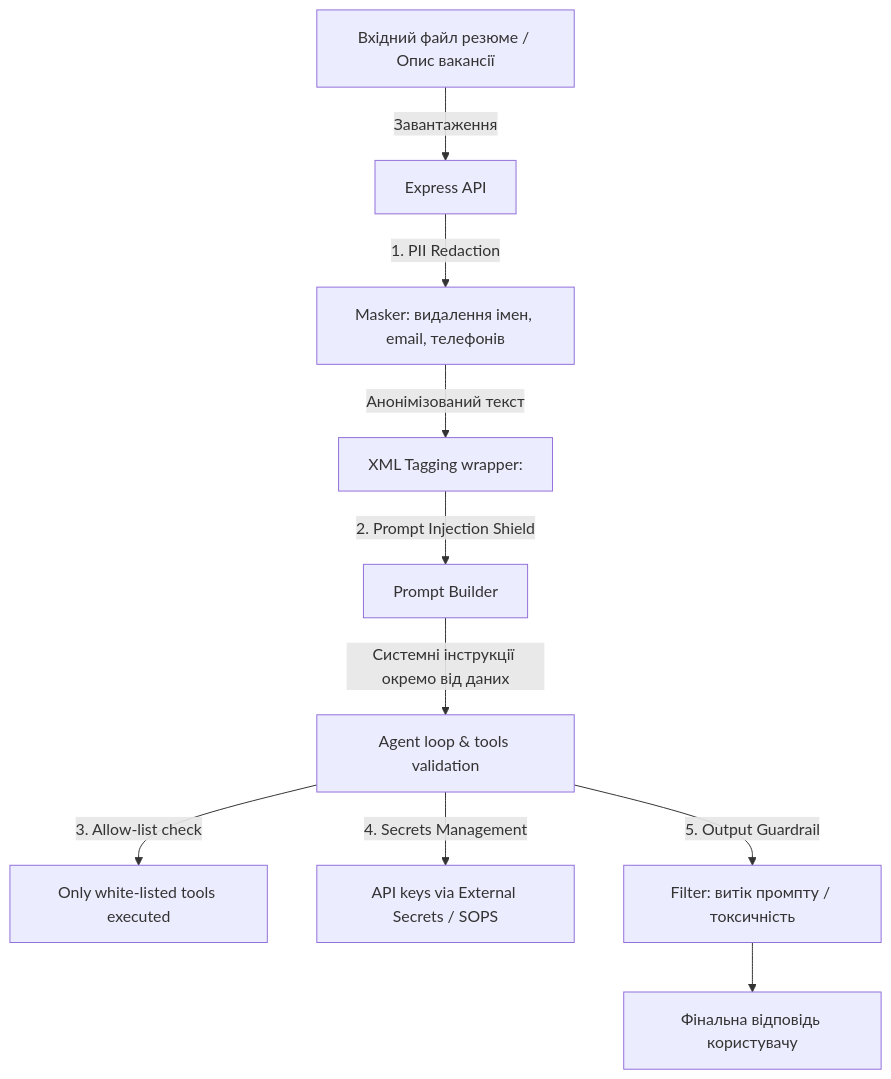
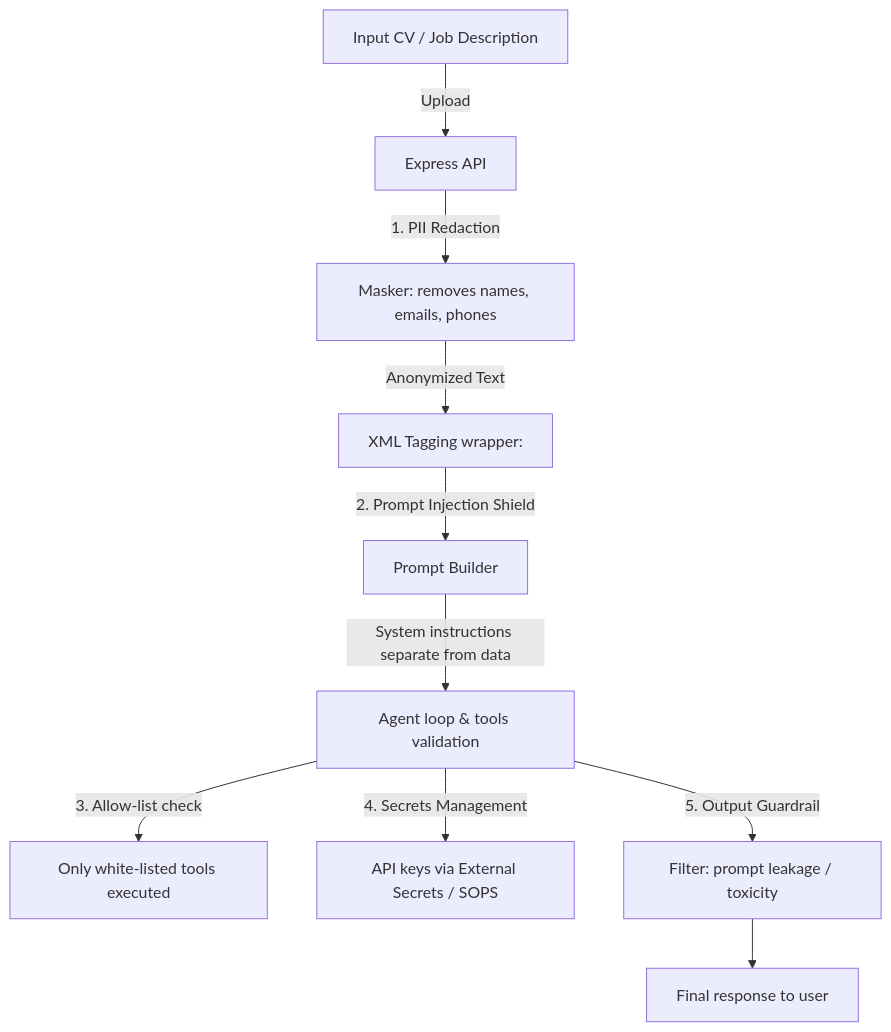
The fifth of 7 diagrams in doc/HLD.md (mkdir28/hackathon-devops), drawn with Mermaid before and after one commit. The commit also changed other lines of this file and 25 other files, not shown here.

````diff
--- a/doc/HLD.md
+++ b/doc/HLD.md
@@ -148,12 +155,12 @@
 ```mermaid
 flowchart TD
-    RawInput[Вхідний файл резюме / Опис вакансії] -->|Завантаження| API[Express API]
-    API -->|1. PII Redaction| Masker[Masker: видалення імен, email, телефонів]
-    Masker -->|Анонімізований текст| Struct[XML Tagging wrapper: <cv_data>]
+    RawInput[Input CV / Job Description] -->|Upload| API[Express API]
+    API -->|1. PII Redaction| Masker[Masker: removes names, emails, phones]
+    Masker -->|Anonymized Text| Struct[XML Tagging wrapper: <cv_data>]
     Struct -->|2. Prompt Injection Shield| PromptBuilder[Prompt Builder]
-    PromptBuilder -->|Системні інструкції окремо від даних| AgentLoop[Agent loop & tools validation]
+    PromptBuilder -->|System instructions separate from data| AgentLoop[Agent loop & tools validation]
     AgentLoop -->|3. Allow-list check| Tools[Only white-listed tools executed]
     AgentLoop -->|4. Secrets Management| K8sSecrets[API keys via External Secrets / SOPS]
-    AgentLoop -->|5. Output Guardrail| ContentFilter[Filter: витік промпту / токсичність]
-    ContentFilter --> Output[Фінальна відповідь користувачу]
+    AgentLoop -->|5. Output Guardrail| ContentFilter[Filter: prompt leakage / toxicity]
+    ContentFilter --> Output[Final response to user]
 ```
````
